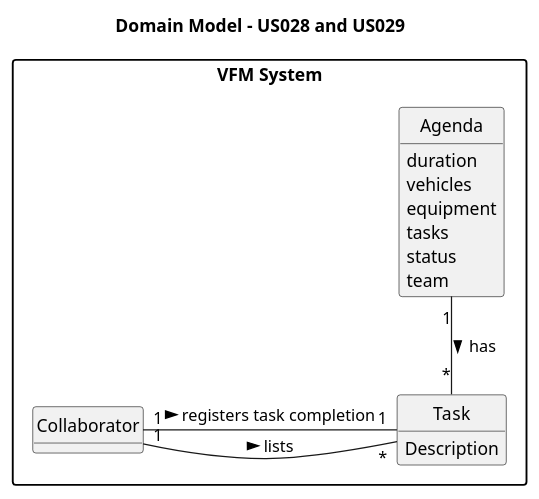
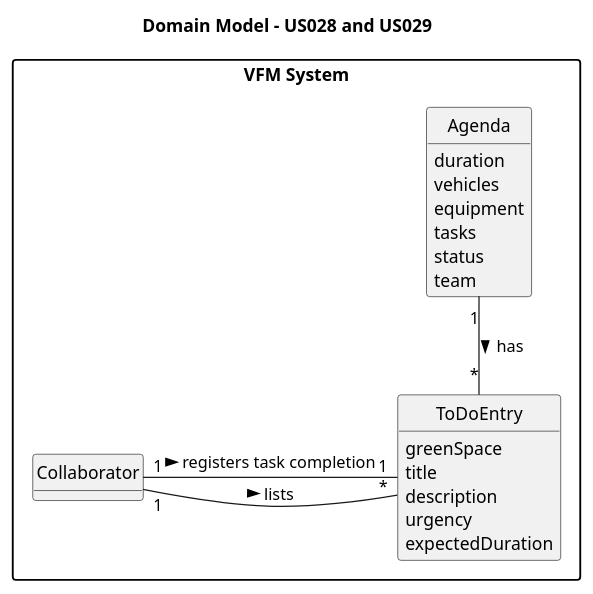
Before and after one commit to SAEmanuel/Green_Spaces_Management_ISEP: the diagram in docs/sprintC/us028 and us029/02.analysis/puml/us028_29-domain-model.puml, drawn with PlantUML. The commit also changed 8 other files, not shown here.

```diff
--- a/docs/sprintC/us028 and us029/02.analysis/puml/us028_29-domain-model.puml
+++ b/docs/sprintC/us028 and us029/02.analysis/puml/us028_29-domain-model.puml
@@ -1,46 +1,50 @@
 @startuml
 skinparam monochrome true
 skinparam packageStyle rectangle
 skinparam shadowing false
 
 'left to right direction
 
 skinparam classAttributeIconSize 0
 
 hide circle
 hide methods
 package "VFM System" {
 
 title Domain Model - US028 and US029
 
 
 
 class Collaborator {
 }
 
 class Agenda {
          duration
          vehicles
          equipment
          tasks
          status
          team
 }
 
-class Task{
-        Description
+class ToDoEntry {
+         greenSpace
+         title
+         description
+         urgency
+         expectedDuration
 }
 
 
 
 
 
-Collaborator "1" -- "*" Task : lists >
-Collaborator "1" - "1" Task : registers task completion >
-Agenda "1" -- "*" Task : has >
+Collaborator "1" -- "*" ToDoEntry : lists >
+Collaborator "1" - "1" ToDoEntry : registers task completion >
+Agenda "1" -- "*" ToDoEntry : has >
 
 
 
 
 
 @enduml
```
